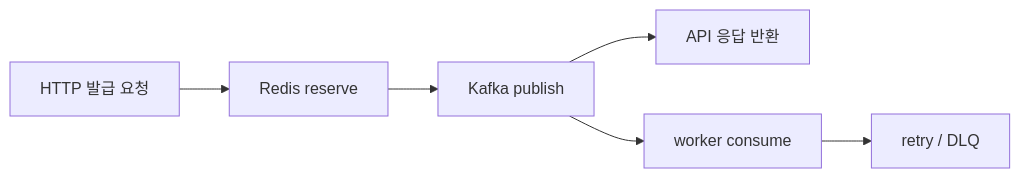
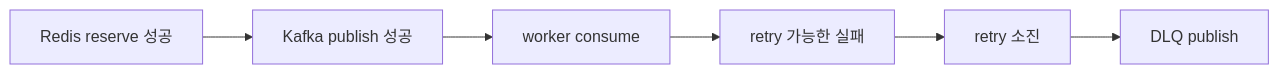
One commit to char-yb/ybchar.dev changed the second of 3 diagrams in content/tech-blog/20260421_coupon_system_k6_load_test.mdx. Above: the diagram before and after it, drawn with Mermaid. The commit also changed other lines of this file, not shown here.

````diff
--- a/content/tech-blog/20260421_coupon_system_k6_load_test.mdx
+++ b/content/tech-blog/20260421_coupon_system_k6_load_test.mdx
@@ -440,8 +216,8 @@
 ```mermaid
 flowchart LR
-    A["HTTP 발급 요청"] --> B["Redis reserve"]
-    B --> C["Kafka publish"]
-    C --> D["API 응답 반환"]
-    C --> E["worker consume"]
-    E --> F["retry / DLQ"]
+    A["Redis reserve 성공"] --> B["Kafka publish 성공"]
+    B --> C["worker consume"]
+    C --> D["retry 가능한 실패"]
+    D --> E["retry 소진"]
+    E --> F["DLQ publish"]
 ```
````
